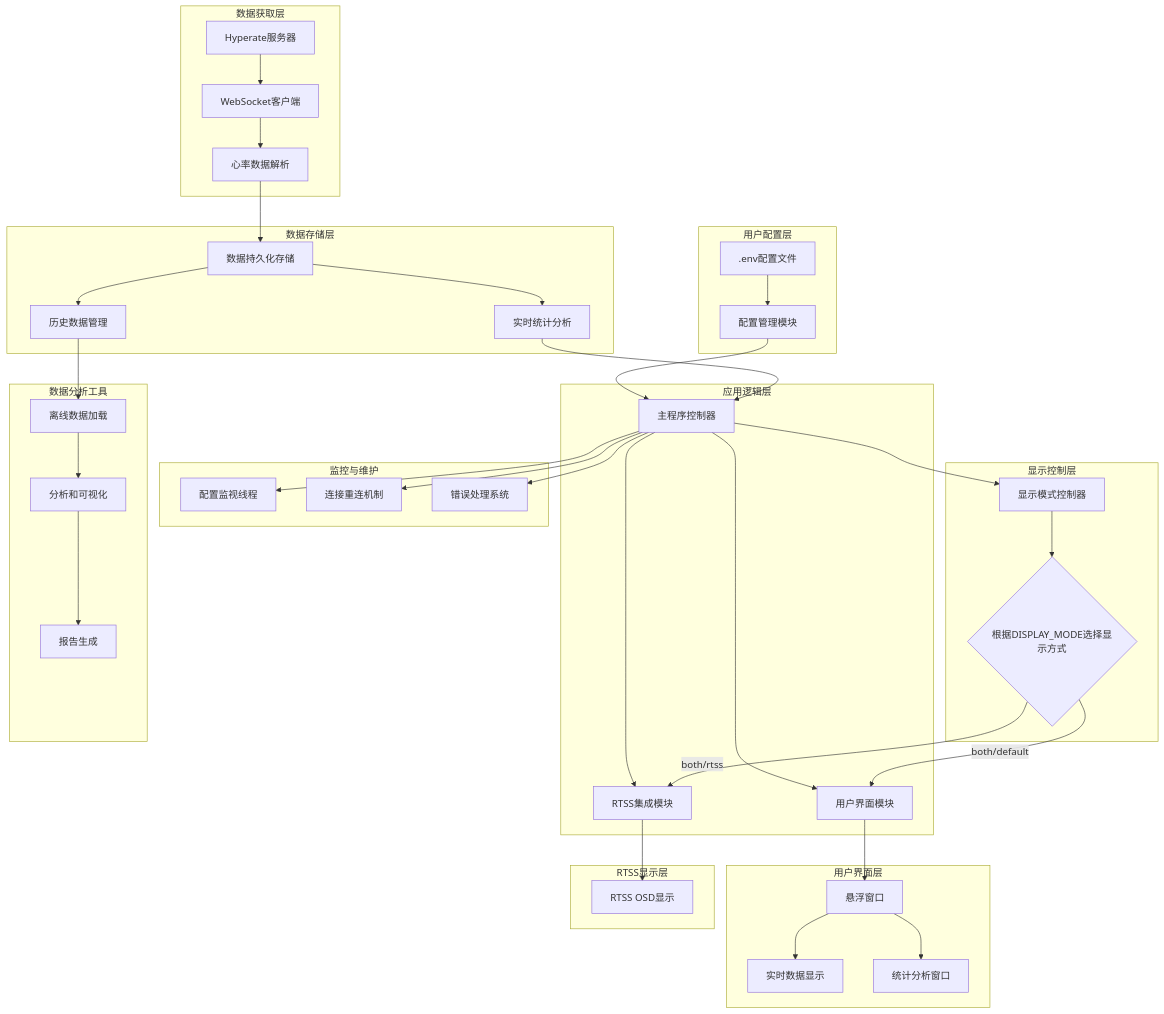
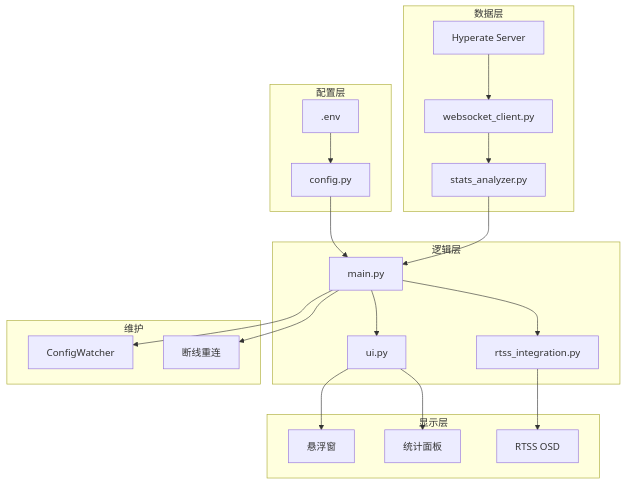
The diagram in README.md (CooperZhuang/hyperate-overlay), drawn with Mermaid before and after one commit. The commit also changed other lines of this file, not shown here.

````diff
--- a/README.md
+++ b/README.md
@@ -178,57 +179,32 @@
 ```mermaid
 graph TB
-    subgraph "用户配置层"
-        A[.env配置文件] --> B[配置管理模块]
+    subgraph "配置层"
+        A[.env] --> B[config.py]
     end
 
-    subgraph "数据获取层"
-        C[Hyperate服务器] --> D[WebSocket客户端]
-        D --> E[心率数据解析]
+    subgraph "数据层"
+        C[Hyperate Server] --> D[websocket_client.py]
+        D --> E[stats_analyzer.py]
     end
 
-    subgraph "数据存储层"
-        E --> R[数据持久化存储]
-        R --> S[实时统计分析]
-        R --> T[历史数据管理]
+    subgraph "逻辑层"
+        B --> F[main.py]
+        E --> F
+        F --> G[ui.py]
+        F --> H[rtss_integration.py]
     end
 
-    subgraph "应用逻辑层"
-        B --> F[主程序控制器]
-        S --> F
-        F --> G[用户界面模块]
-        F --> H[RTSS集成模块]
+    subgraph "显示层"
+        G --> I[悬浮窗]
+        G --> J[统计面板]
+        H --> K[RTSS OSD]
     end
 
-    subgraph "显示控制层"
-        F --> I[显示模式控制器]
-        I --> J{根据DISPLAY_MODE选择显示方式}
-        J -->|both/rtss| H
-        J -->|both/default| G
+    subgraph "维护"
+        L[ConfigWatcher]
+        M[断线重连]
     end
 
-    subgraph "用户界面层"
-        G --> K[悬浮窗口]
-        K --> L[实时数据显示]
-        K --> M[统计分析窗口]
-    end
-
-    subgraph "RTSS显示层"
-        H --> N[RTSS OSD显示]
-    end
-
-    subgraph "监控与维护"
-        O[配置监视线程]
-        P[连接重连机制]
-        Q[错误处理系统]
-    end
-
-    subgraph "数据分析工具"
-        T --> U[离线数据加载]
-        U --> V[分析和可视化]
-        V --> W[报告生成]
-    end
-
-    F --> O
-    F --> P
-    F --> Q
+    F --> L
+    F --> M
 ```
````
